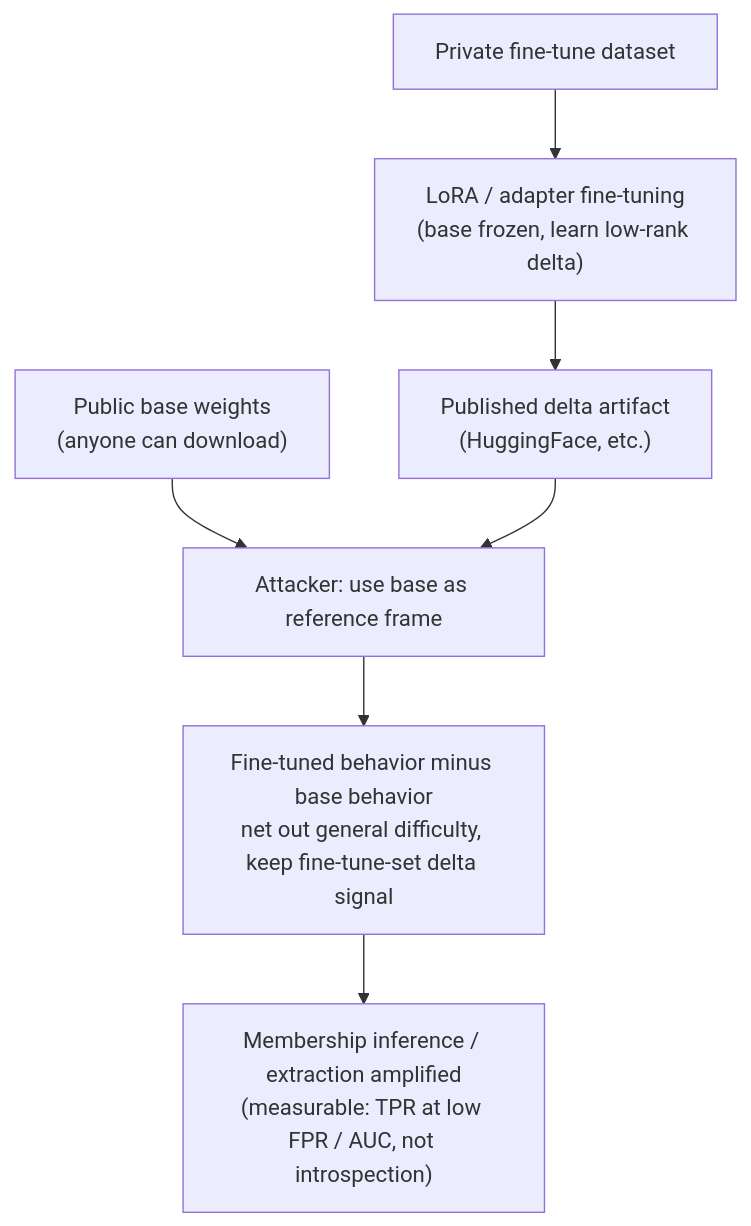
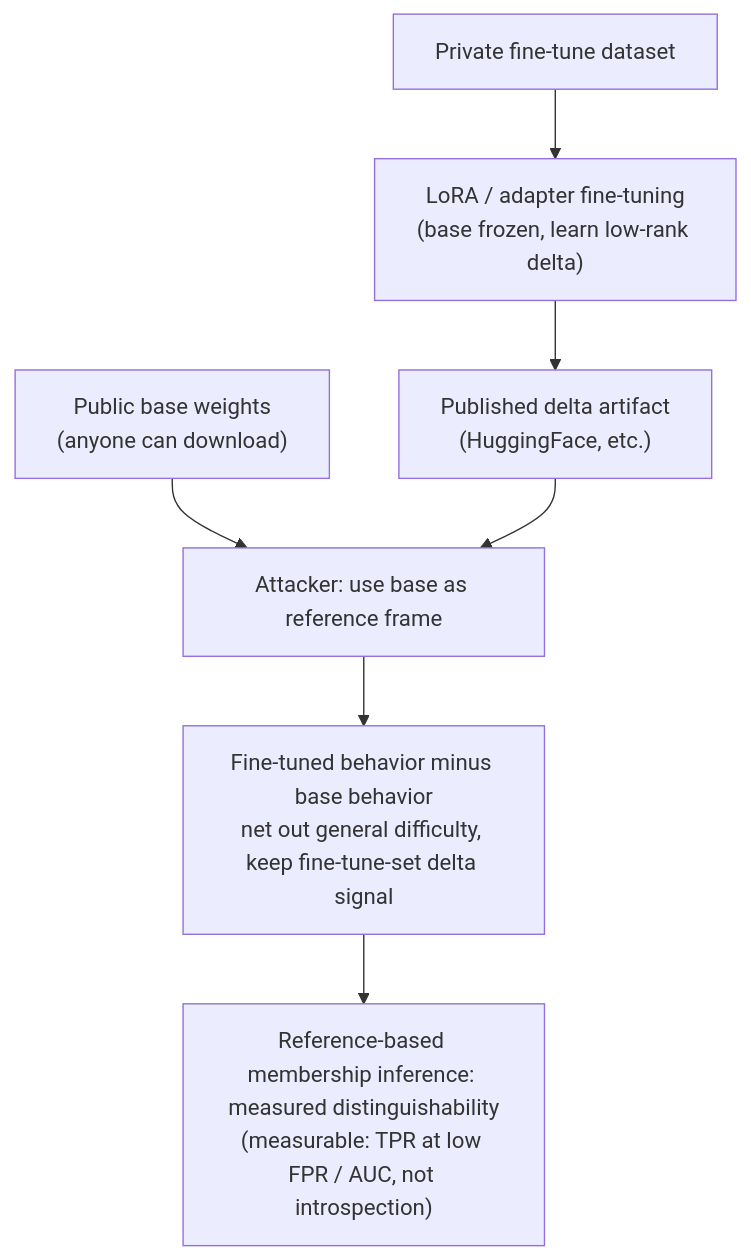
One commit to XuebinMa/AIWiki changed the diagram in i18n/en/docusaurus-plugin-content-docs-privacy/current/05-frontier-deployment/lora-adapter-leakage.mdx. Above: the diagram before and after it, drawn with Mermaid. The commit also changed other lines of this file and 325 other files, not shown here.

````diff
--- a/i18n/en/docusaurus-plugin-content-docs-privacy/current/05-frontier-deployment/lora-adapter-leakage.mdx
+++ b/i18n/en/docusaurus-plugin-content-docs-privacy/current/05-frontier-deployment/lora-adapter-leakage.mdx
@@ -34,9 +38,9 @@
 ```mermaid
 flowchart TB
     P["Private fine-tune dataset"] --> FT["LoRA / adapter fine-tuning<br/>(base frozen, learn low-rank delta)"]
     FT --> DELTA["Published delta artifact<br/>(HuggingFace, etc.)"]
     BASE["Public base weights<br/>(anyone can download)"] --> REF["Attacker: use base as reference frame"]
     DELTA --> REF
     REF --> SUB["Fine-tuned behavior minus base behavior<br/>net out general difficulty, keep fine-tune-set delta signal"]
-    SUB --> MIA["Membership inference / extraction amplified<br/>(measurable: TPR at low FPR / AUC, not introspection)"]
+    SUB --> MIA["Reference-based membership inference: measured distinguishability<br/>(measurable: TPR at low FPR / AUC, not introspection)"]
 ```
````
